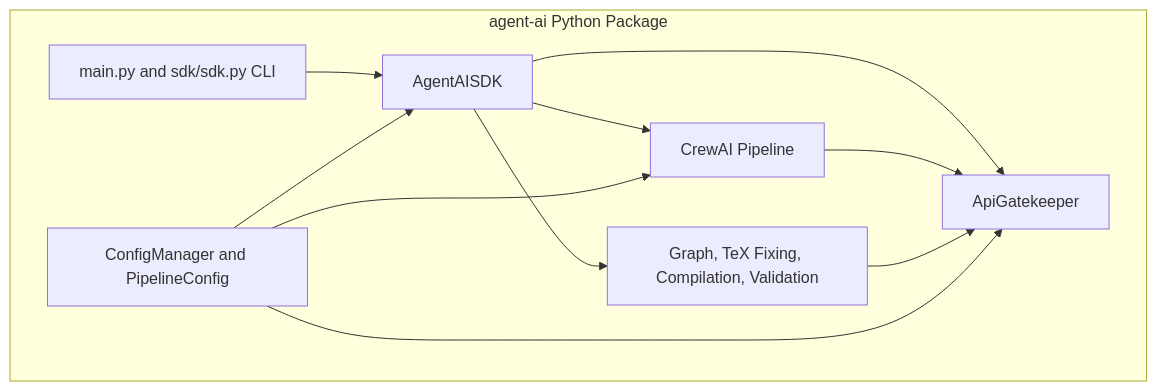
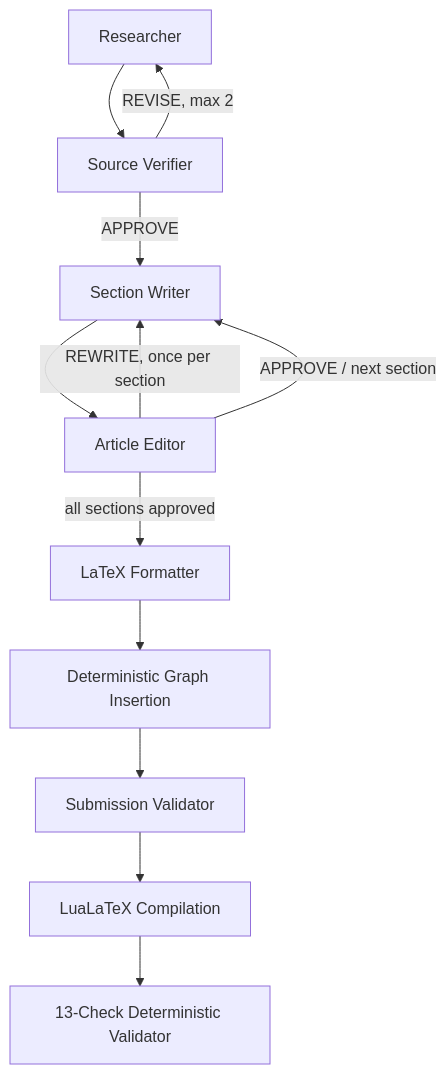
Before and after one commit to Moaawiyah/Ai_Article: the second of 2 diagrams in docs/PLAN.md, drawn with Mermaid. The commit also changed other lines of this file and 58 other files, not shown here.

Commit message:
Implement resumable six-agent article workflow

````diff
--- a/docs/PLAN.md
+++ b/docs/PLAN.md
@@ -24,20 +24,14 @@
 ```mermaid
 flowchart TB
-    subgraph Application["agent-ai Python Package"]
-        CLI["main.py and sdk/sdk.py CLI"]
-        SDK["AgentAISDK"]
-        Gatekeeper["ApiGatekeeper"]
-        Crew["CrewAI Pipeline"]
-        Post["Graph, TeX Fixing, Compilation, Validation"]
-        Config["ConfigManager and PipelineConfig"]
-    end
-    CLI --> SDK
-    SDK --> Gatekeeper
-    SDK --> Crew
-    SDK --> Post
-    Crew --> Gatekeeper
-    Post --> Gatekeeper
-    Config --> SDK
-    Config --> Crew
-    Config --> Gatekeeper
+    R["Researcher"] --> V["Source Verifier"]
+    V -->|REVISE, max 2| R
+    V -->|APPROVE| W["Section Writer"]
+    W --> E["Article Editor"]
+    E -->|REWRITE, once per section| W
+    E -->|APPROVE / next section| W
+    E -->|all sections approved| L["LaTeX Formatter"]
+    L --> G["Deterministic Graph Insertion"]
+    G --> S["Submission Validator"]
+    S --> C["LuaLaTeX Compilation"]
+    C --> D["13-Check Deterministic Validator"]
 ```
````
